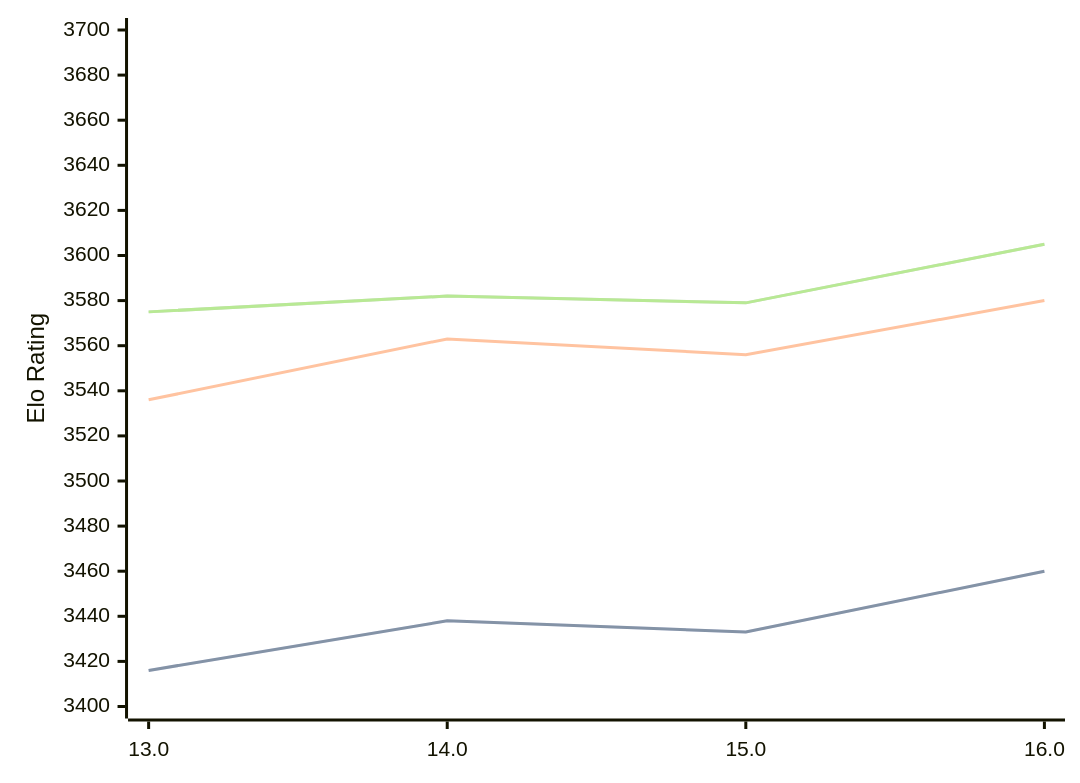
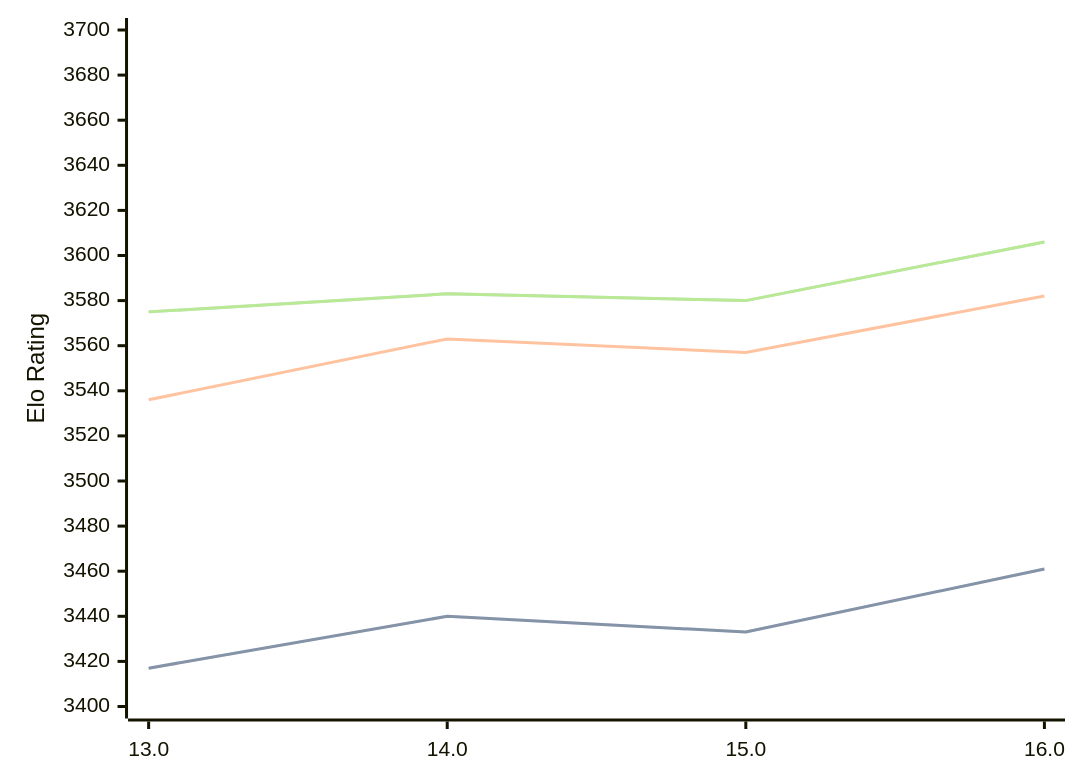
One commit to computer-chess-index/cci changed the diagram in engines/Obsidian.md. Above: the diagram before and after it, drawn with Mermaid. The commit also changed other lines of this file, not shown here.

Commit message:
Update CCI Ratings (ELO VLTC) - 2026-04-05

````diff
--- a/engines/Obsidian.md
+++ b/engines/Obsidian.md
@@ -43,11 +43,11 @@
 ```mermaid
 %%{init: {"theme":"base","themeVariables":{"seriesColors:['#a3a3a3','#222221','#faa371']}}}%%
 xychart-beta
   x-axis ["13.0", "14.0", "15.0", "16.0"]
   y-axis "Elo Rating" 3400 --> 3700
-  line "STC (8.0+0.08s)" [3416, 3438, 3433, 3460]
-  line "STC (8.0+0.08s)" [3416, 3438, 3433, 3460]
-  line "LTC (60.0+0.60s)" [3536, 3563, 3556, 3580]
-  line "VLTC (2m24s+1.12s)" [3575, 3582, 3579, 3605]
-  line "VLTC (2m24s+1.12s)" [3575, 3582, 3579, 3605]
+  line "STC (8.0+0.08s)" [3417, 3440, 3433, 3461]
+  line "STC (8.0+0.08s)" [3417, 3440, 3433, 3461]
+  line "LTC (60.0+0.60s)" [3536, 3563, 3557, 3582]
+  line "VLTC (2m24s+1.12s)" [3575, 3583, 3580, 3606]
+  line "VLTC (2m24s+1.12s)" [3575, 3583, 3580, 3606]
 ```
````
